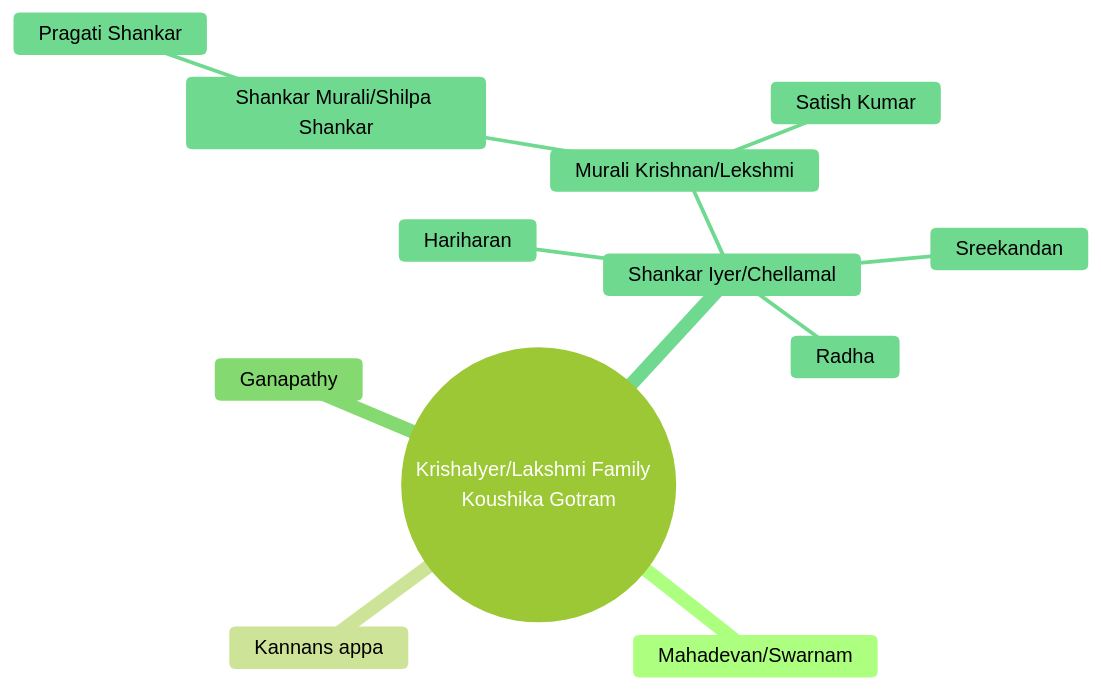
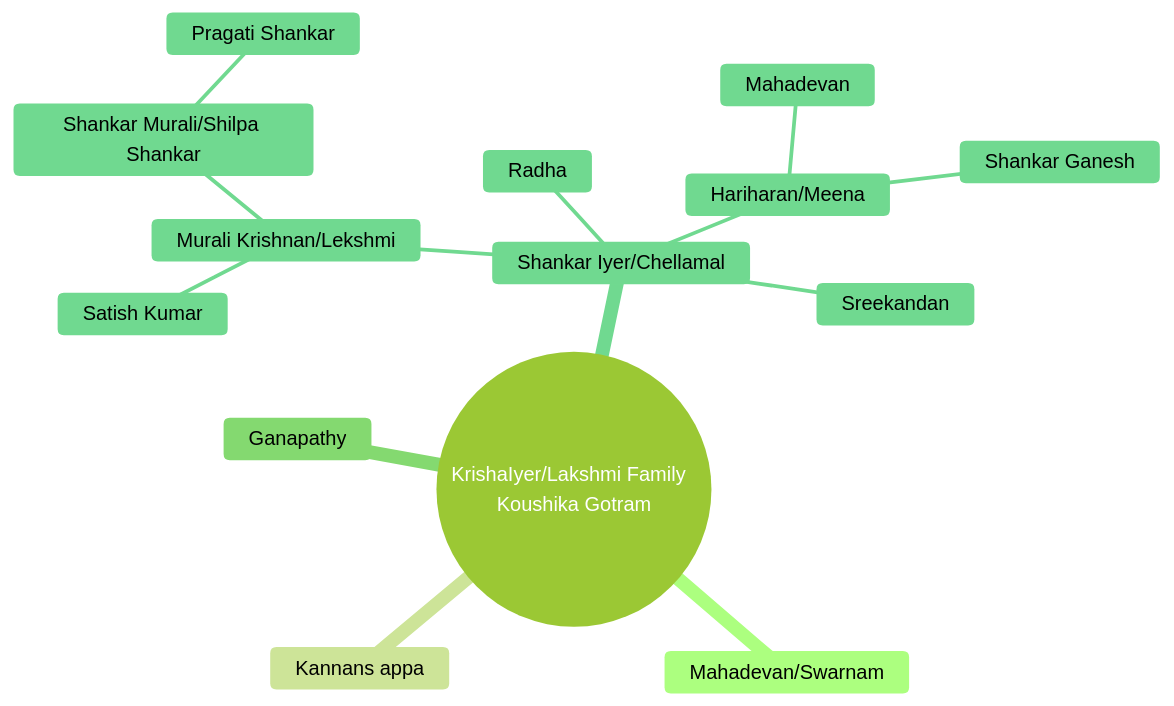
Before and after one commit to shkgiri/FamilyLineage: the diagram in FamilyLineage.md, drawn with Mermaid (forest theme).

````diff
--- a/FamilyLineage.md
+++ b/FamilyLineage.md
@@ -3,15 +3,17 @@
 ```mermaid
 mindmap
   root((KrishaIyer/Lakshmi Family  Koushika Gotram))
        Mahadevan/Swarnam
        Kannans appa
        Ganapathy
        Shankar Iyer/Chellamal
         Murali Krishnan/Lekshmi
          Shankar Murali/Shilpa Shankar
           Pragati Shankar
          Satish Kumar
-        Hariharan
+        Hariharan/Meena
+         Shankar Ganesh
+         Mahadevan
         Sreekandan
         Radha
 ```
````
